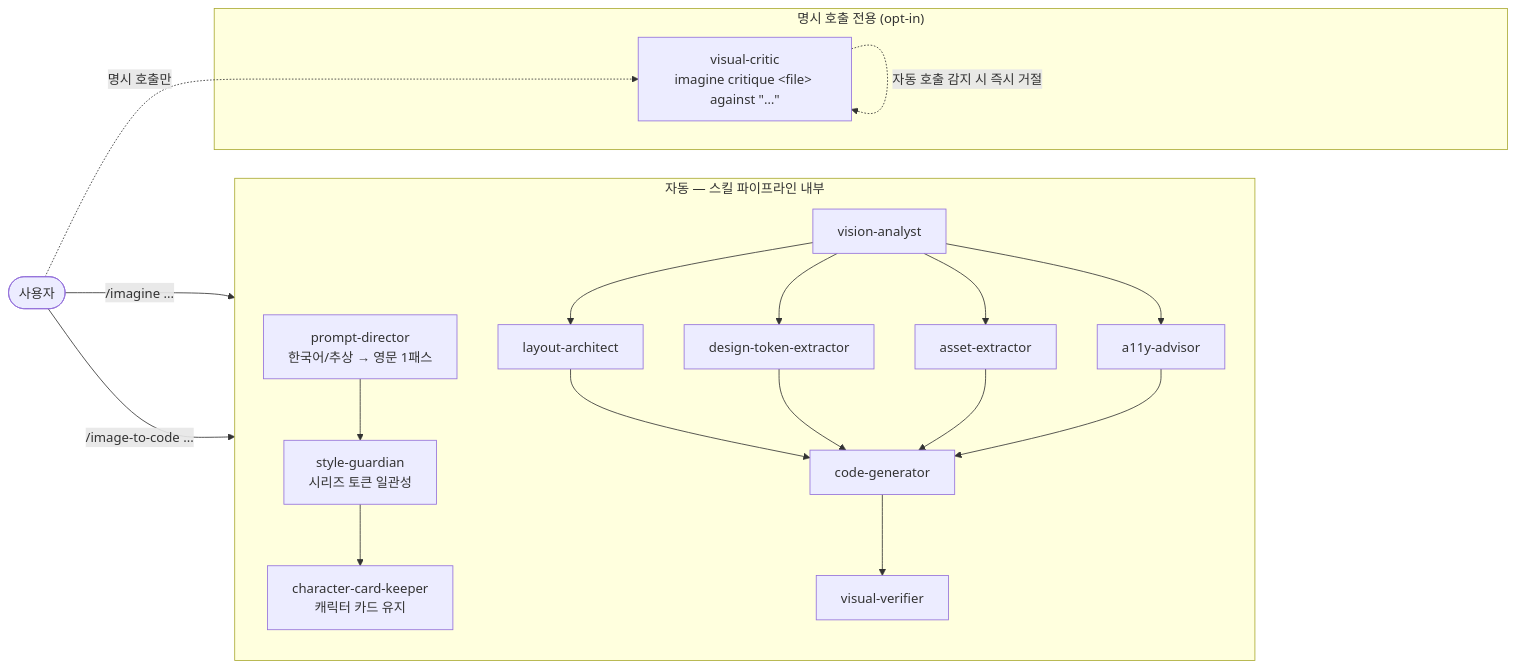
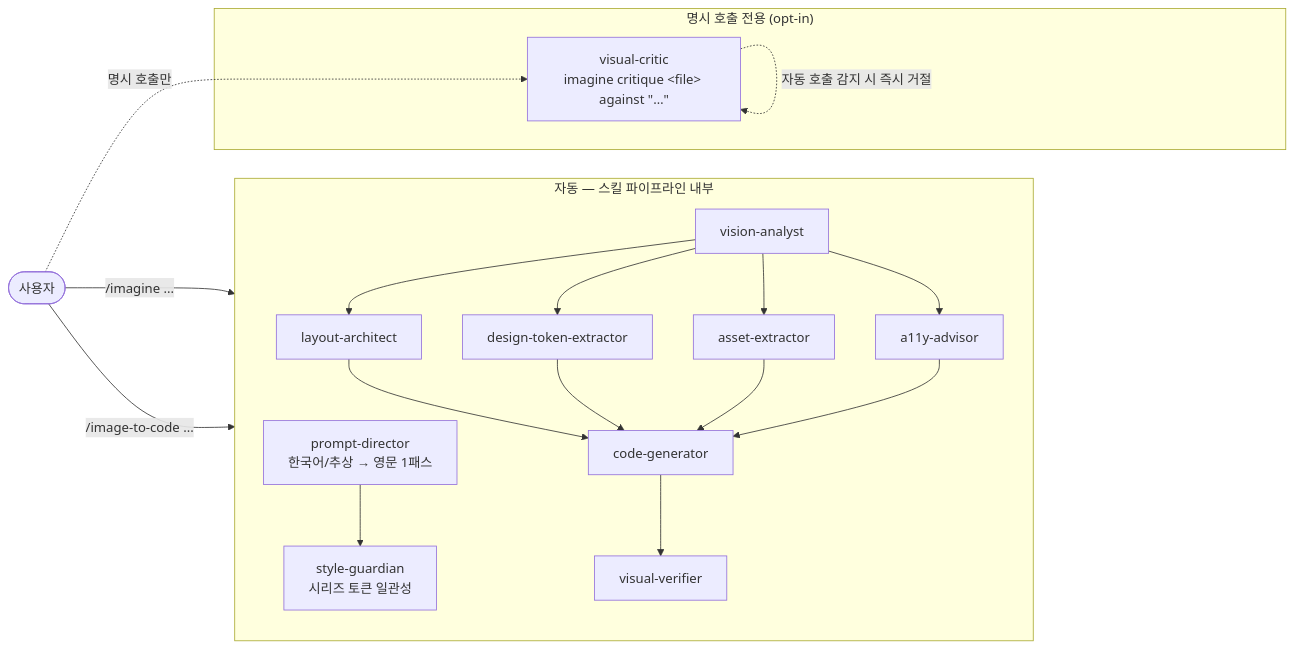
The third of 6 diagrams in docs/harness-guide.md (Mineru98/imagine), drawn with Mermaid before and after one commit. The commit also changed other lines of this file and 41 other files, not shown here.

````diff
--- a/docs/harness-guide.md
+++ b/docs/harness-guide.md
@@ -126,30 +116,28 @@
 ```mermaid
 flowchart LR
     User([사용자])
     subgraph Auto["자동 — 스킬 파이프라인 내부"]
         direction TB
         PD[prompt-director<br/>한국어/추상 → 영문 1패스]
         SG[style-guardian<br/>시리즈 토큰 일관성]
-        CC[character-card-keeper<br/>캐릭터 카드 유지]
         VA[vision-analyst]
         LA[layout-architect]
         DTE[design-token-extractor]
         AE[asset-extractor]
         A11[a11y-advisor]
         CG[code-generator]
         VV[visual-verifier]
     end
     subgraph Optin["명시 호출 전용 (opt-in)"]
         VC["visual-critic<br/>imagine critique &lt;file&gt; against &quot;…&quot;"]
     end
 
     User -- "/imagine ..." --> PD
     PD --> SG
-    SG --> CC
     User -- "/image-to-code ..." --> VA
     VA --> LA & DTE & AE & A11
     LA & DTE & AE & A11 --> CG
     CG --> VV
     User -. "명시 호출만" .-> VC
     VC -. "자동 호출 감지 시 즉시 거절" .-> VC
 ```
````
